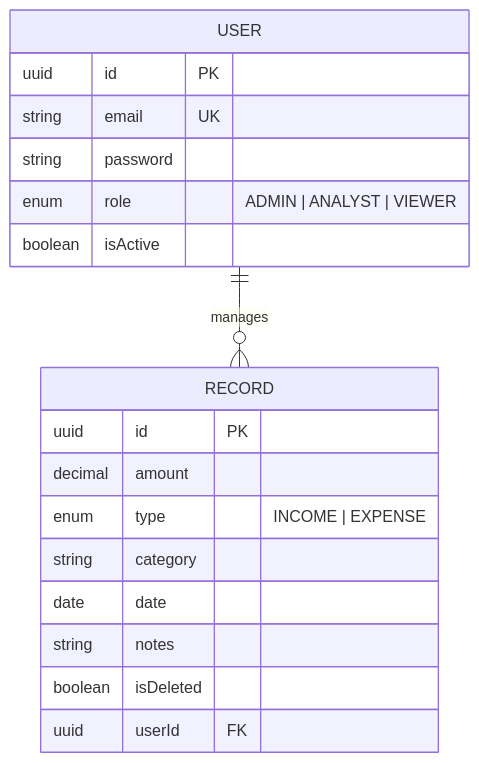
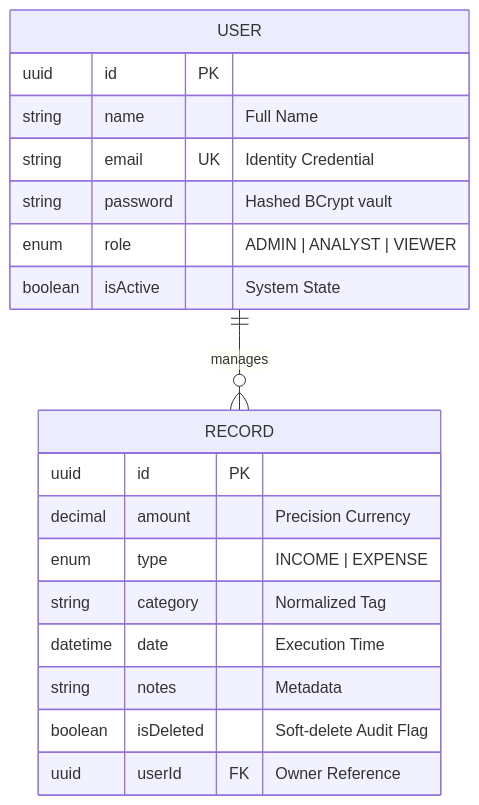
One commit to Tanmay24-ya/FinDash changed the diagram in README.md. Above: the diagram before and after it, drawn with Mermaid. The commit also changed other lines of this file, not shown here.

````diff
--- a/README.md
+++ b/README.md
@@ -127,21 +186,22 @@
 ```mermaid
 erDiagram
     USER ||--o{ RECORD : manages
     USER {
         uuid id PK
-        string email UK
-        string password
+        string name "Full Name"
+        string email UK "Identity Credential"
+        string password "Hashed BCrypt vault"
         enum role "ADMIN | ANALYST | VIEWER"
-        boolean isActive
+        boolean isActive "System State"
     }
     RECORD {
         uuid id PK
-        decimal amount
+        decimal amount "Precision Currency"
         enum type "INCOME | EXPENSE"
-        string category
-        date date
-        string notes
-        boolean isDeleted
-        uuid userId FK
+        string category "Normalized Tag"
+        datetime date "Execution Time"
+        string notes "Metadata"
+        boolean isDeleted "Soft-delete Audit Flag"
+        uuid userId FK "Owner Reference"
     }
 ```
````
